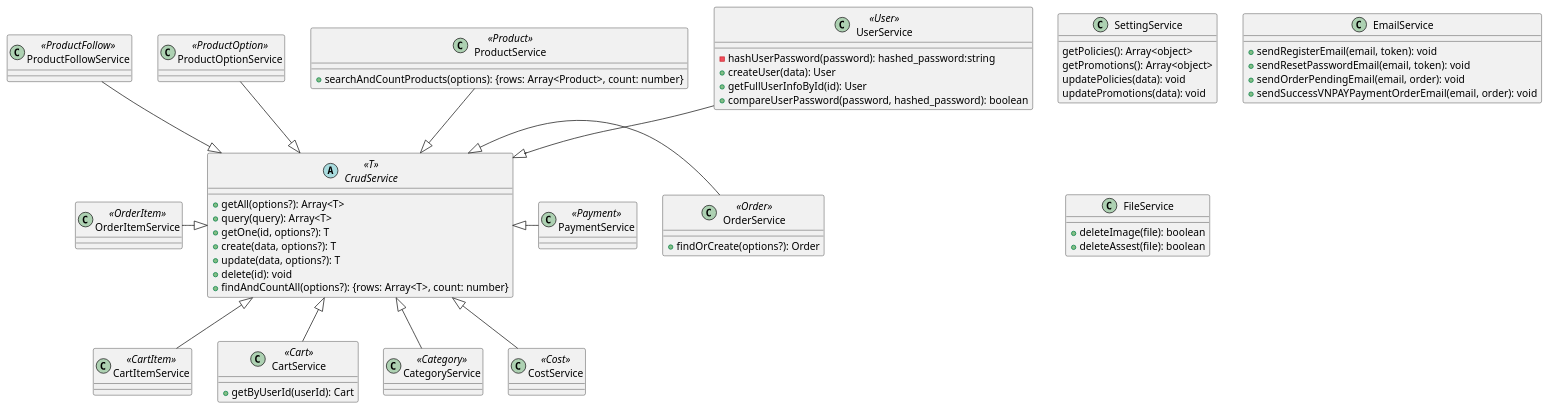
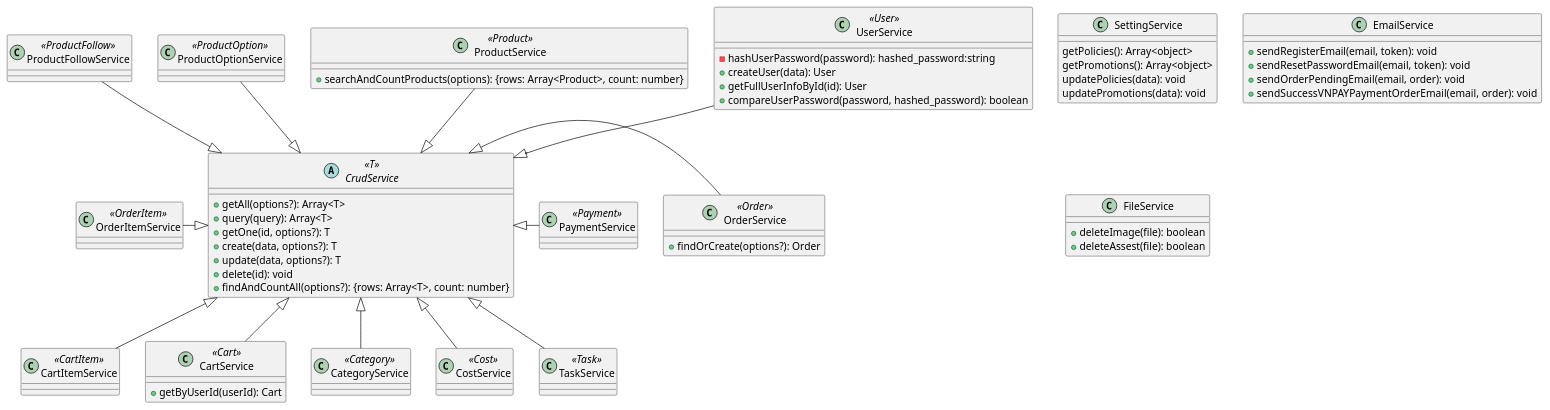
The diagram in puml/class-diagram-services.puml (vkq2808/car-accessories-eccomerce), drawn with PlantUML before and after one commit. The commit also changed 16 other files, not shown here.

Commit message:
refactor: remove unused views and rename TaskController, TaskService for consistency then modify pumls

```diff
--- a/puml/class-diagram-services.puml
+++ b/puml/class-diagram-services.puml
@@ -1,87 +1,90 @@
 @startuml class-diagram-services
 skinparam DefaultFontName "Times New Roman"
 skinparam DefaultFontSize 14
 
 class SettingService {
   getPolicies(): Array<object>
   getPromotions(): Array<object>
   updatePolicies(data): void
   updatePromotions(data): void
 }
 class EmailService {
   +sendRegisterEmail(email, token): void
   +sendResetPasswordEmail(email, token): void
   +sendOrderPendingEmail(email, order): void
   +sendSuccessVNPAYPaymentOrderEmail(email, order): void
 }
 
 class FileService {
   +deleteImage(file): boolean
   +deleteAssest(file): boolean
 }
 
 abstract class CrudService<<T>> {
   +getAll(options?): Array<T>
   +query(query): Array<T>
   +getOne(id, options?): T
   +create(data, options?): T
   +update(data, options?): T
   +delete(id): void
   +findAndCountAll(options?): {rows: Array<T>, count: number}
 }
 
 class CartItemService<<CartItem>> {
 }
 
 class CartService<<Cart>> {
   +getByUserId(userId): Cart
 }
 
 class CategoryService<<Category>> {
 }
 
 class CostService<<Cost>> {
 }
 
 
 class OrderItemService<<OrderItem>> {
 }
 
 class OrderService<<Order>> {
   +findOrCreate(options?): Order
 }
 
 class PaymentService<<Payment>> {
 }
 
 class ProductFollowService<<ProductFollow>> {
 }
 
 class ProductOptionService<<ProductOption>> {
 }
 
 class ProductService<<Product>> {
   +searchAndCountProducts(options): {rows: Array<Product>, count: number}
 }
 
 
 class UserService<<User>> {
   -hashUserPassword(password): hashed_password:string
   +createUser(data): User
   +getFullUserInfoById(id): User
   +compareUserPassword(password, hashed_password): boolean
 }
 
+class TaskService<<Task>> {
+}
+
 CartItemService -up-|> CrudService
 CartService -up-|> CrudService
 CategoryService -up-|> CrudService
 CostService -up-|> CrudService
 OrderItemService -right-|> CrudService
 OrderService -left-|> CrudService
 PaymentService -left-|> CrudService
 ProductFollowService -down-|> CrudService
 ProductOptionService -down-|> CrudService
 ProductService -down-|> CrudService
 UserService -down-|> CrudService
-
+TaskService -up-|> CrudService
 @enduml
```
